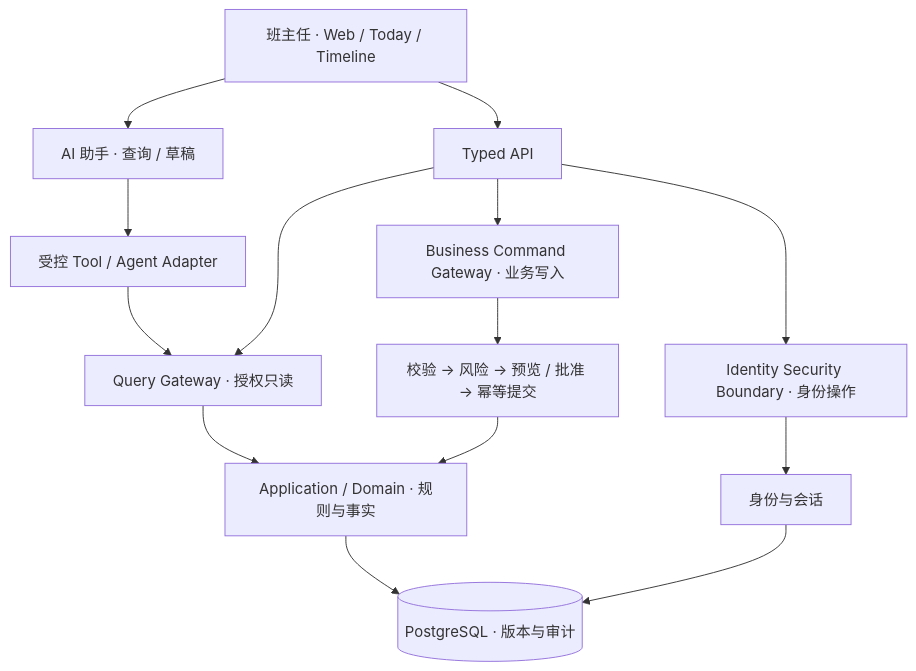
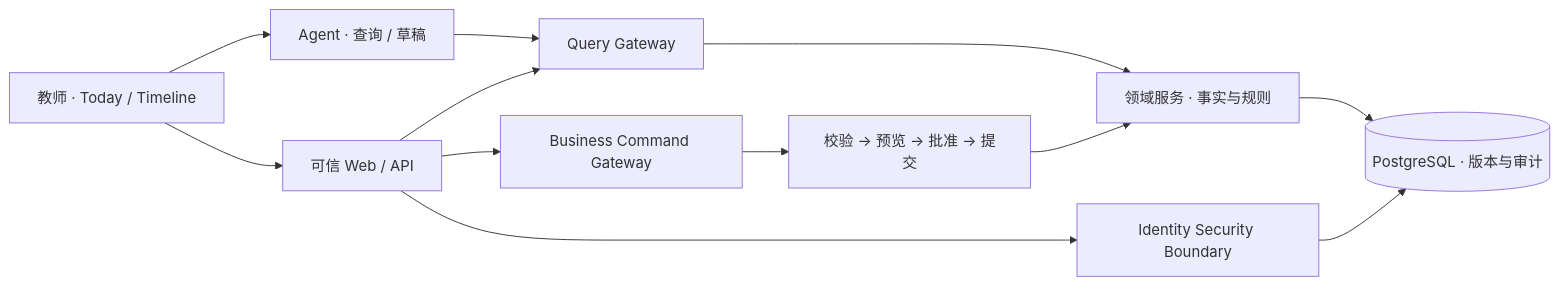
Before and after one commit to Gdnbit/classmatter: the diagram in README.md, drawn with Mermaid. The commit also changed other lines of this file and 2 other files, not shown here.

````diff
--- a/README.md
+++ b/README.md
@@ -144,16 +92,14 @@
 ```mermaid
-flowchart TD
-    U["班主任 · Web / Today / Timeline"] --> API["Typed API"]
-    U --> A["AI 助手 · 查询 / 草稿"]
-    A --> T["受控 Tool / Agent Adapter"]
-    T --> Q["Query Gateway · 授权只读"]
+flowchart LR
+    U["教师 · Today / Timeline"] --> API["可信 Web / API"]
+    U --> AI["Agent · 查询 / 草稿"]
+    AI --> Q["Query Gateway"]
     API --> Q
-    API --> B["Business Command Gateway · 业务写入"]
-    API --> I["Identity Security Boundary · 身份操作"]
-    Q --> D["Application / Domain · 规则与事实"]
-    B --> P["校验 → 风险 → 预览 / 批准 → 幂等提交"]
-    P --> D
-    I --> ID["身份与会话"]
-    D --> PG[("PostgreSQL · 版本与审计")]
-    ID --> PG
+    API --> B["Business Command Gateway"]
+    API --> I["Identity Security Boundary"]
+    Q --> D["领域服务 · 事实与规则"]
+    B --> V["校验 → 预览 → 批准 → 提交"]
+    V --> D
+    D --> DB[("PostgreSQL · 版本与审计")]
+    I --> DB
 ```
````
